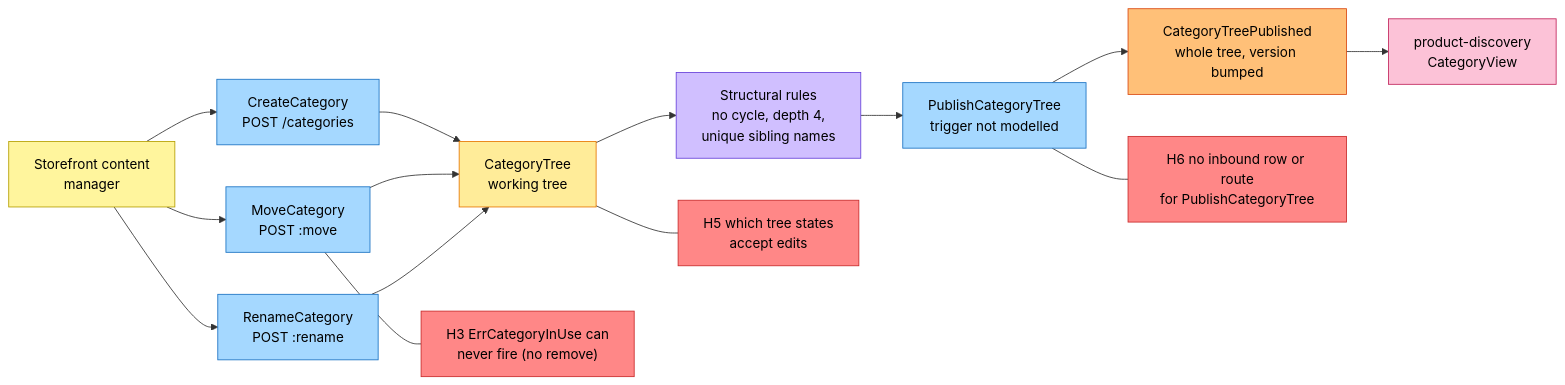
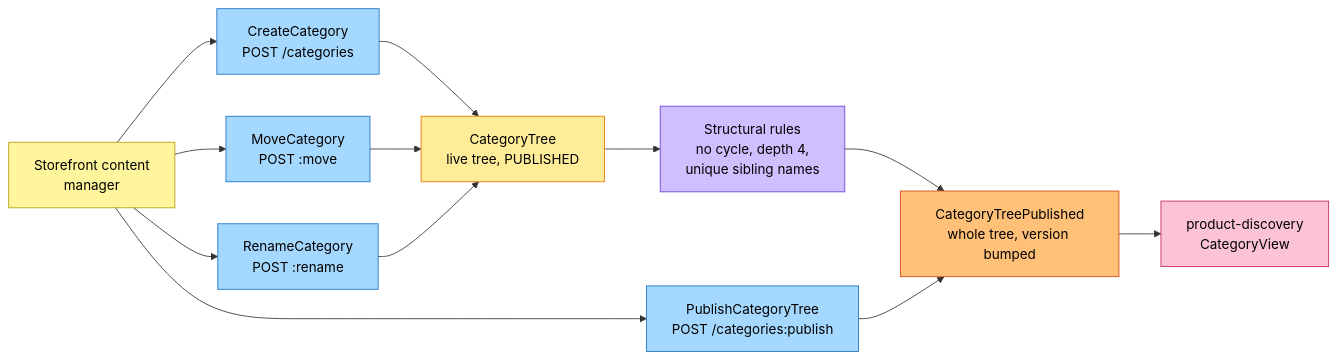
One commit to IQVO/warehouse-docs changed the second of 3 diagrams in storefront/docs/contexts/product-content/eventstorming.md. Above: the diagram before and after it, drawn with Mermaid. The commit also changed other lines of this file and 16 other files, not shown here.

````diff
--- a/storefront/docs/contexts/product-content/eventstorming.md
+++ b/storefront/docs/contexts/product-content/eventstorming.md
@@ -80,32 +86,28 @@
 ```mermaid
 flowchart LR
     CM["Storefront content<br/>manager"]:::actor
     C1["CreateCategory<br/>POST /categories"]:::command
     C2["MoveCategory<br/>POST :move"]:::command
     C3["RenameCategory<br/>POST :rename"]:::command
-    G2["CategoryTree<br/>working tree"]:::aggregate
+    G2["CategoryTree<br/>live tree, PUBLISHED"]:::aggregate
     P2["Structural rules<br/>no cycle, depth 4,<br/>unique sibling names"]:::policy
-    C4["PublishCategoryTree<br/>trigger not modelled"]:::command
+    C4["PublishCategoryTree<br/>POST /categories:publish"]:::command
     E2["CategoryTreePublished<br/>whole tree, version bumped"]:::event
     PD["product-discovery<br/>CategoryView"]:::external
-    H3["H3 ErrCategoryInUse can<br/>never fire (no remove)"]:::hotspot
-    H5["H5 which tree states<br/>accept edits"]:::hotspot
-    H6["H6 no inbound row or route<br/>for PublishCategoryTree"]:::hotspot
 
     CM --> C1 --> G2
     CM --> C2 --> G2
     CM --> C3 --> G2
-    G2 --> P2 --> C4 --> E2 --> PD
-    C2 --- H3
-    G2 --- H5
-    C4 --- H6
+    G2 --> P2 --> E2
+    CM --> C4 --> E2
+    E2 --> PD
 
     classDef actor fill:#fff59d,stroke:#b59f00,color:#000
     classDef command fill:#a5d8ff,stroke:#1971c2,color:#000
     classDef aggregate fill:#ffec99,stroke:#e67700,color:#000
     classDef event fill:#ffc078,stroke:#d9480f,color:#000
     classDef policy fill:#d0bfff,stroke:#6741d9,color:#000
     classDef readmodel fill:#b2f2bb,stroke:#2f9e44,color:#000
     classDef external fill:#fcc2d7,stroke:#c2255c,color:#000
     classDef hotspot fill:#ff8787,stroke:#c92a2a,color:#000
 ```
````
